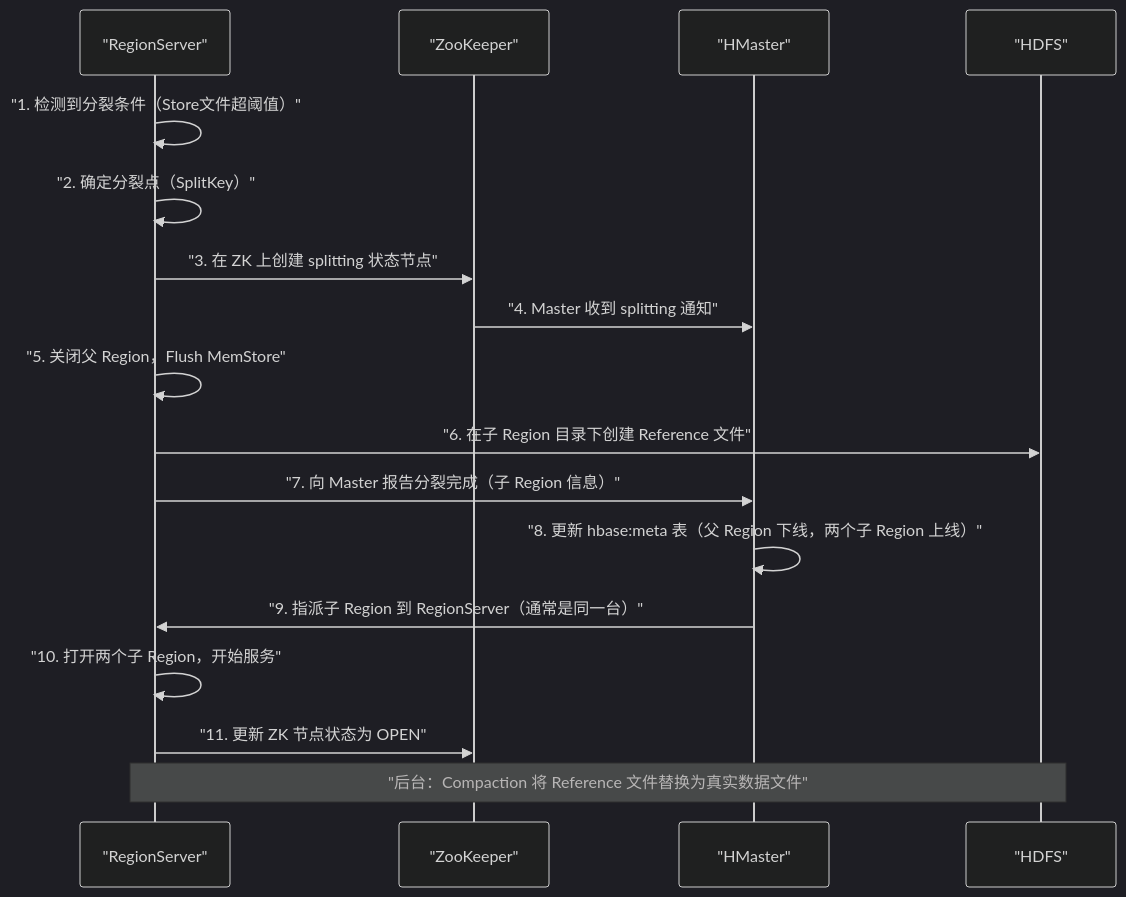
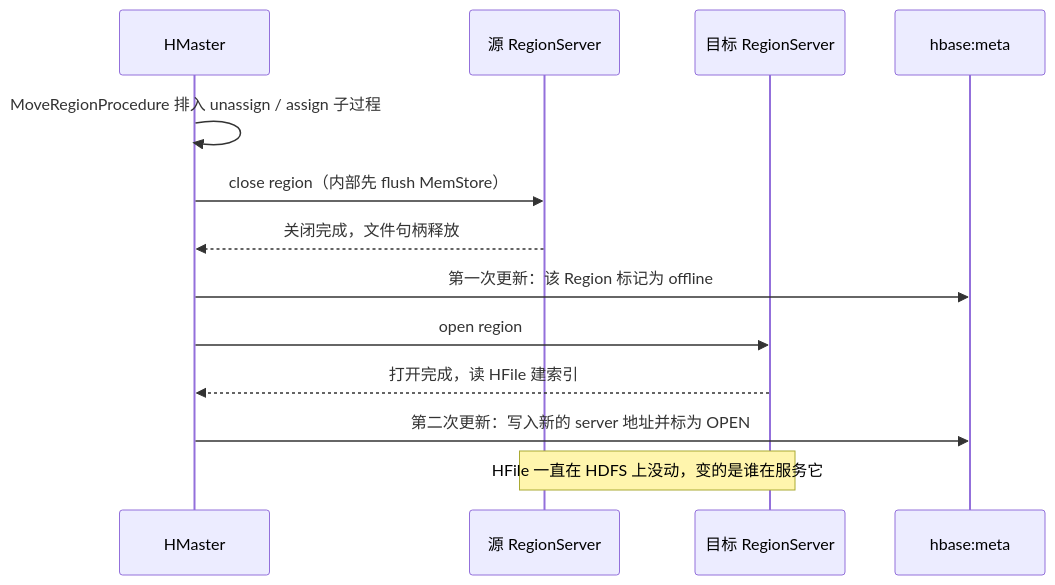
The sixth of 6 diagrams in content/大数据/HBase/08 HBase Region 分裂与负载均衡——水平扩展的工程底层.md (hpliStartAgain/my-brain), drawn with Mermaid before and after one commit. The commit also changed other lines of this file and 455 other files, not shown here.

````diff
--- a/content/大数据/HBase/08 HBase Region 分裂与负载均衡——水平扩展的工程底层.md
+++ b/content/大数据/HBase/08 HBase Region 分裂与负载均衡——水平扩展的工程底层.md
@@ -52,22 +476,16 @@
 ```mermaid
-%%{init: {'theme': 'dark', 'themeVariables': {'primaryColor': '#6272a4', 'primaryTextColor': '#f8f8f2', 'primaryBorderColor': '#bd93f9', 'lineColor': '#ff79c6', 'secondaryColor': '#44475a', 'tertiaryColor': '#282a36'}}}%%
+%%{init: {'theme': 'dracula'}}%%
 sequenceDiagram
-    participant RS as "RegionServer"
-    participant ZK as "ZooKeeper"
-    participant M as "HMaster"
-    participant HDFS as "HDFS"
-
-    RS->>RS: "1. 检测到分裂条件（Store文件超阈值）"
-    RS->>RS: "2. 确定分裂点（SplitKey）"
-    RS->>ZK: "3. 在 ZK 上创建 splitting 状态节点"
-    ZK->>M: "4. Master 收到 splitting 通知"
-    RS->>RS: "5. 关闭父 Region，Flush MemStore"
-    RS->>HDFS: "6. 在子 Region 目录下创建 Reference 文件"
-    RS->>M: "7. 向 Master 报告分裂完成（子 Region 信息）"
-    M->>M: "8. 更新 hbase:meta 表（父 Region 下线，两个子 Region 上线）"
-    M->>RS: "9. 指派子 Region 到 RegionServer（通常是同一台）"
-    RS->>RS: "10. 打开两个子 Region，开始服务"
-    RS->>ZK: "11. 更新 ZK 节点状态为 OPEN"
-
-    Note over RS,HDFS: "后台：Compaction 将 Reference 文件替换为真实数据文件"
+    participant M as HMaster
+    participant S as 源 RegionServer
+    participant D as 目标 RegionServer
+    participant Meta as hbase:meta
+    M->>M: MoveRegionProcedure 排入 unassign / assign 子过程
+    M->>S: close region（内部先 flush MemStore）
+    S-->>M: 关闭完成，文件句柄释放
+    M->>Meta: 第一次更新：该 Region 标记为 offline
+    M->>D: open region
+    D-->>M: 打开完成，读 HFile 建索引
+    M->>Meta: 第二次更新：写入新的 server 地址并标为 OPEN
+    Note over S,D: HFile 一直在 HDFS 上没动，变的是谁在服务它
 ```
````
